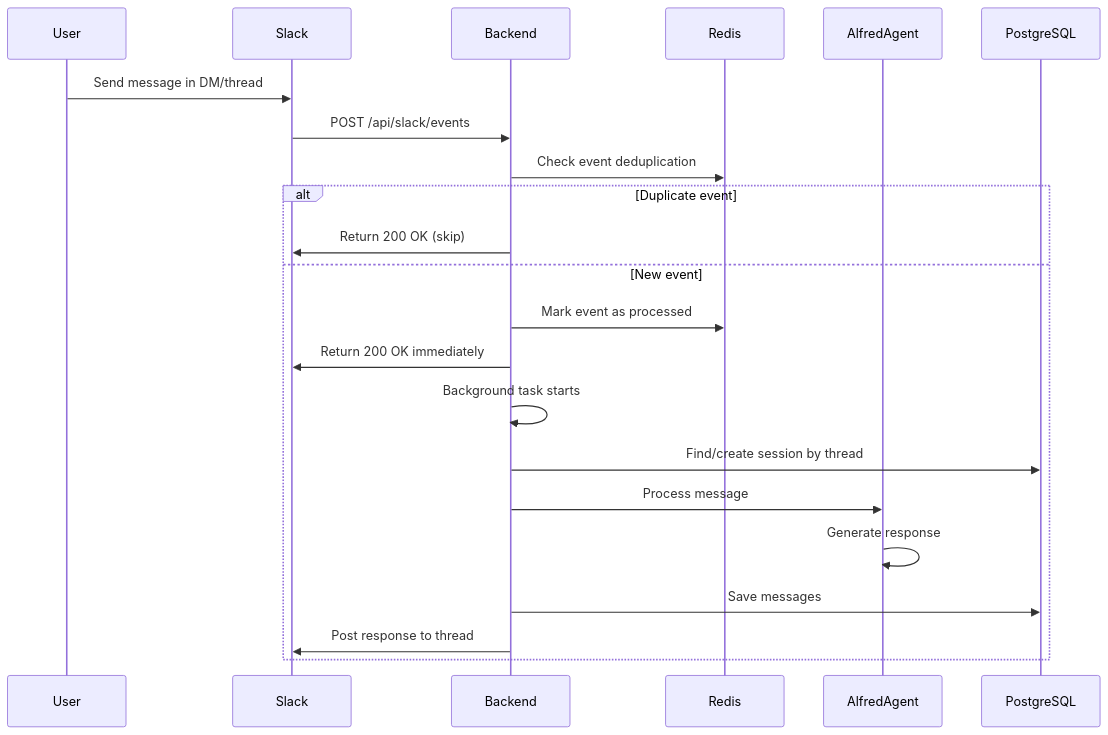
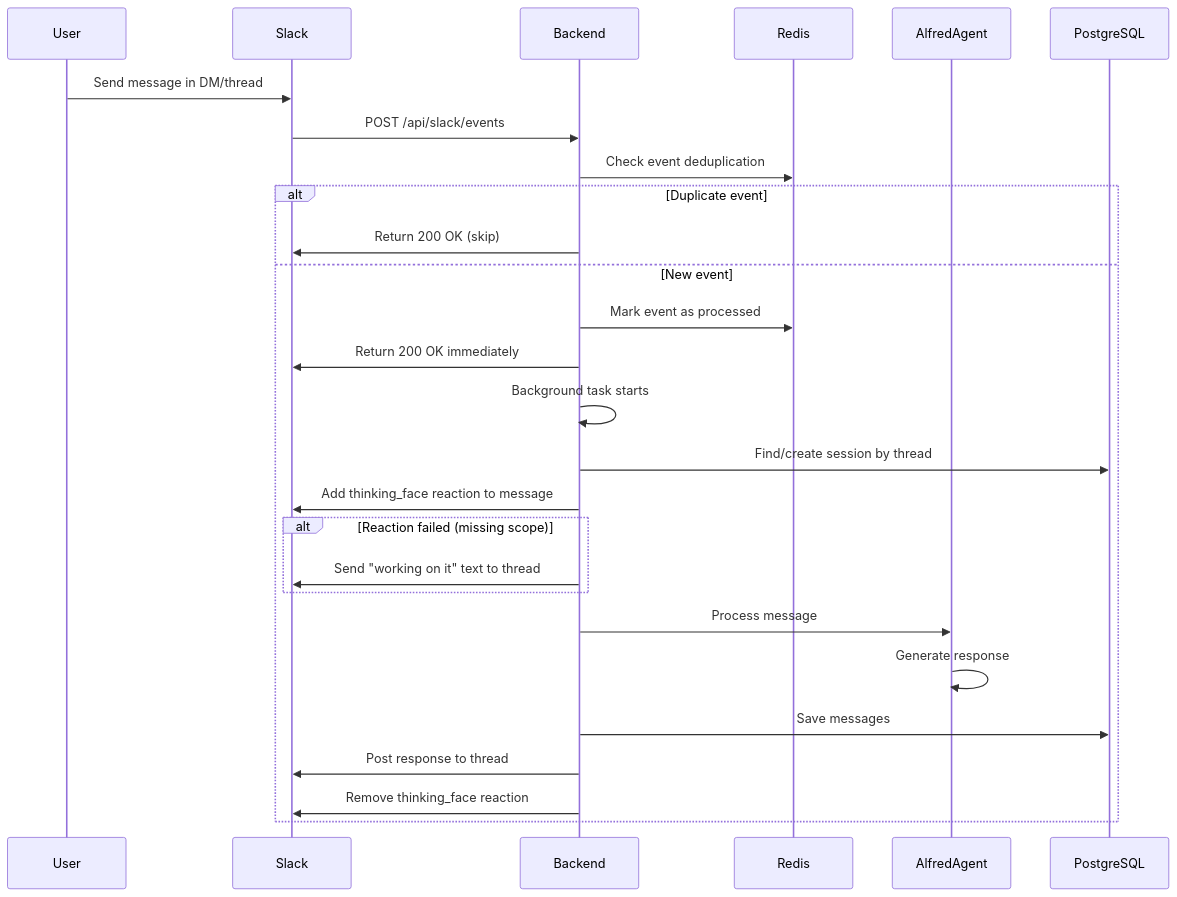
Before and after one commit to tekkno89/alfred-pa: the second of 4 diagrams in .claude/diagrams/slack-flow.md, drawn with Mermaid. The commit also changed other lines of this file and 4 other files, not shown here.

First line of the commit message:
feat: Add thinking_face reaction indicator while processing Slack messages

````diff
--- a/.claude/diagrams/slack-flow.md
+++ b/.claude/diagrams/slack-flow.md
@@ -28,25 +28,30 @@
 ```mermaid
 sequenceDiagram
     participant U as User
     participant S as Slack
     participant B as Backend
     participant R as Redis
     participant A as AlfredAgent
     participant DB as PostgreSQL
 
     U->>S: Send message in DM/thread
     S->>B: POST /api/slack/events
     B->>R: Check event deduplication
     alt Duplicate event
         B->>S: Return 200 OK (skip)
     else New event
         B->>R: Mark event as processed
         B->>S: Return 200 OK immediately
         B->>B: Background task starts
         B->>DB: Find/create session by thread
+        B->>S: Add thinking_face reaction to message
+        alt Reaction failed (missing scope)
+            B->>S: Send "working on it" text to thread
+        end
         B->>A: Process message
         A->>A: Generate response
         B->>DB: Save messages
         B->>S: Post response to thread
+        B->>S: Remove thinking_face reaction
     end
 ```
````
